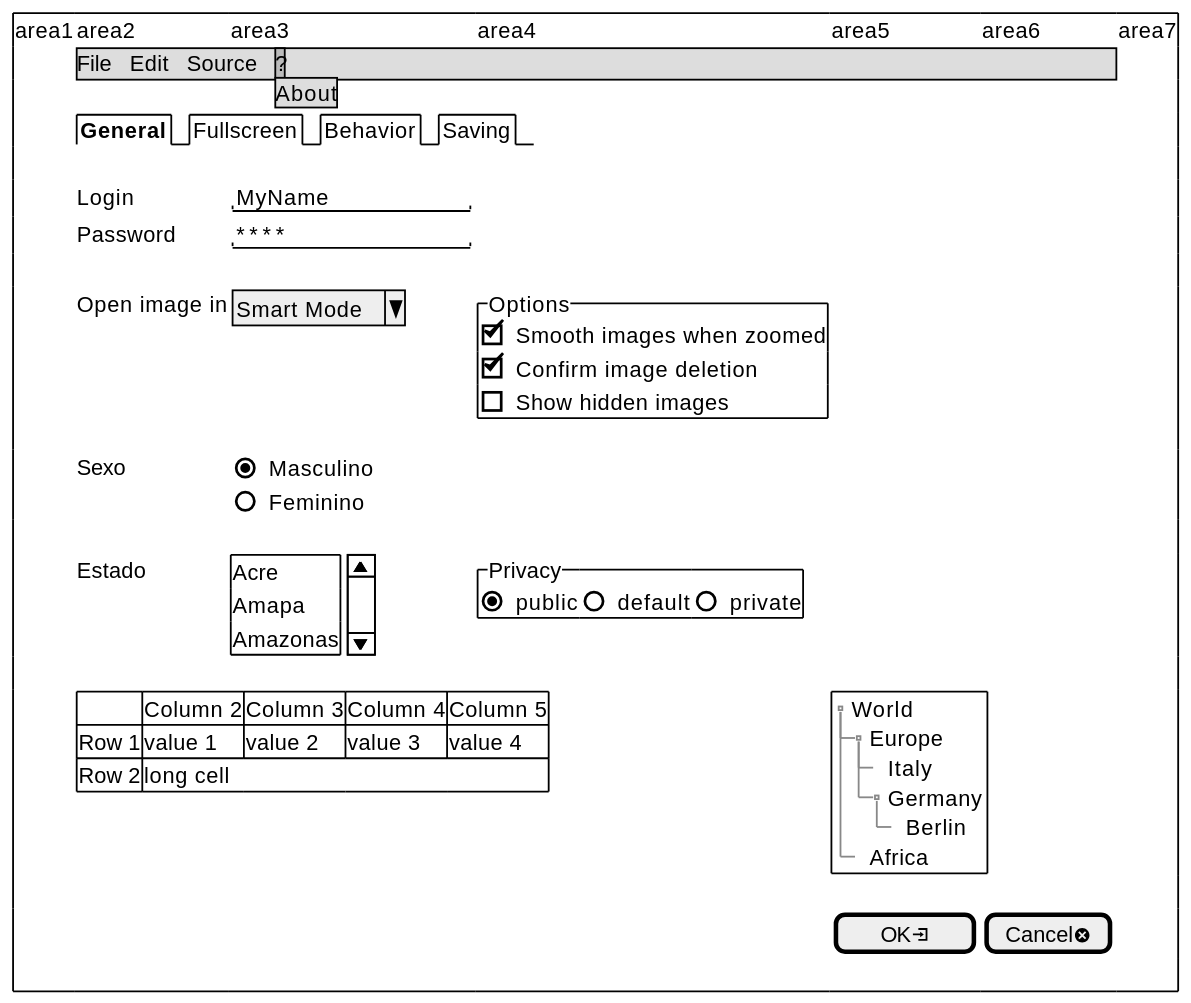
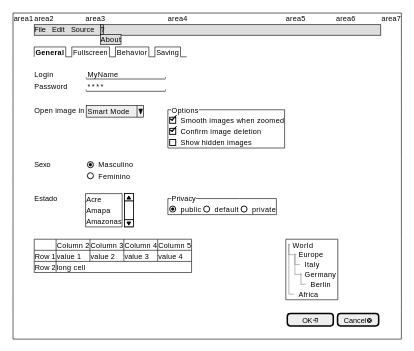
One commit to GiovaniPM/DMNTests changed the fourth of 4 diagrams in Courses/Course Salt.md. Above: the diagram before and after it, drawn with PlantUML.

Commit message:
Update Course Salt.md

````diff
--- a/Courses/Course Salt.md
+++ b/Courses/Course Salt.md
@@ -567,47 +567,47 @@
 ```plantuml
 @startsalt
 'skinparam BackgroundColor lightblue
-scale 1.5
+scale 0.5
 {+
     |area1|area2|area3|area4|area5|area6|area7
     |.|{* File | Edit | Source | ?
     '  File | New | Open File | - | Close | Close All | - | Exit
       ? | About}|*|*|*|*
     |.
     |.|{/ <b>General | Fullscreen | Behavior | Saving }|*|*|*|*
     |.
     |.|Login    |"MyName          "|.
     |.|Password |"****            "|.
     |.
     |.|Open image in|{ ^Smart Mode^ }|{^Options
                                         [X] Smooth images when zoomed
                                         [X] Confirm image deletion
                                         [ ] Show hidden images
                                        }
     |.|Sexo|{(X) Masculino
              () Feminino}
     |.
     |.|Estado|{SI 
                 Acre
                 Amapa
                 Amazonas
               }|{^"Privacy" | (X) public | () default | () private} |*|*
     |.
     |.|{#
         .     | Column 2  | Column 3 | Column 4 | Column 5
         Row 1 | value 1   | value 2  | value 3  | value 4
         Row 2 | long cell | *        | *        | *
        }|*|*|{+{T
               + World
               ++ Europe
               +++ Italy
               +++ Germany
               ++++ Berlin
               ++ Africa
              }}|*
     |.
     |.|.|.|.|[  OK<&account-login>   ]|[Cancel<&circle-x>]
     |.
 }
 @endsalt
 ```
````
